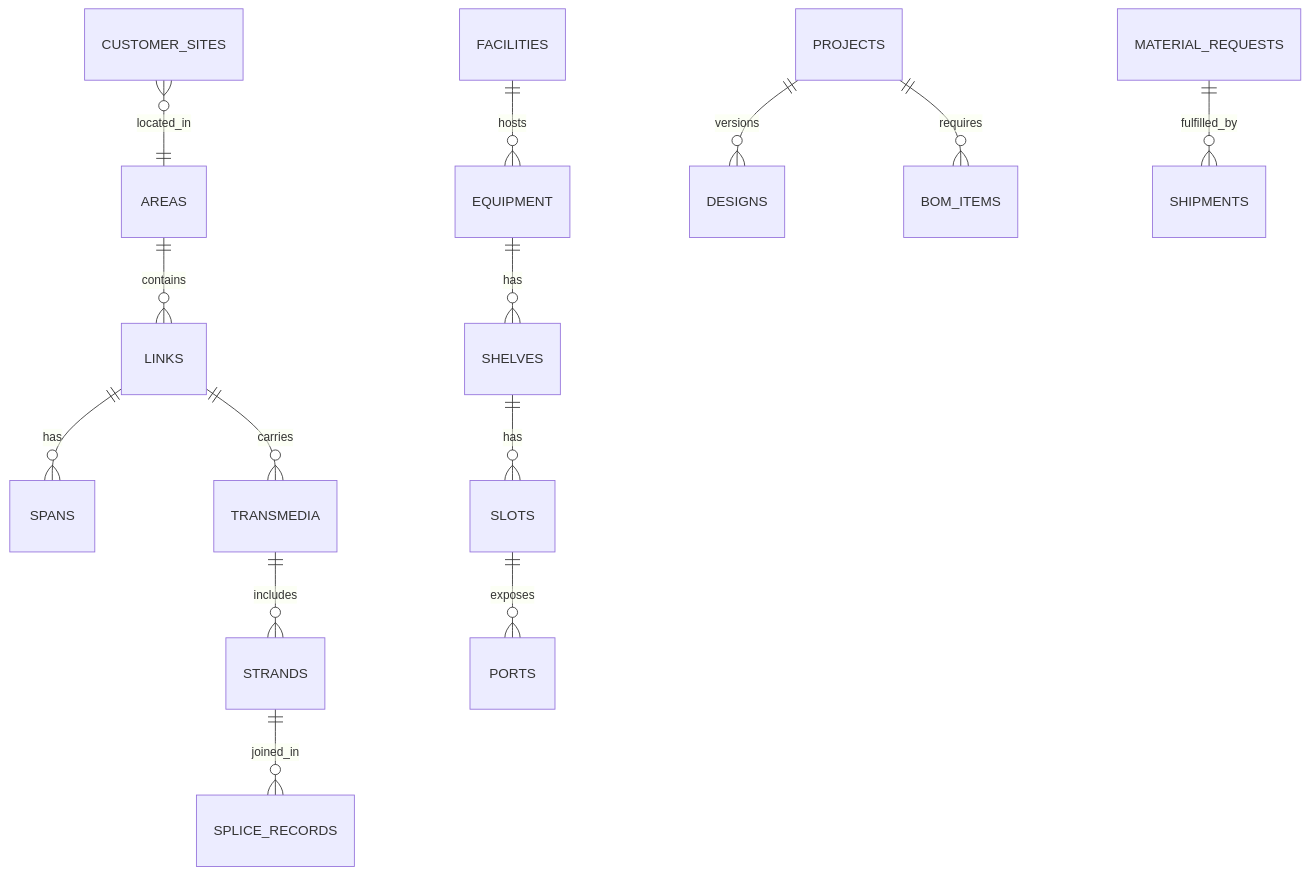
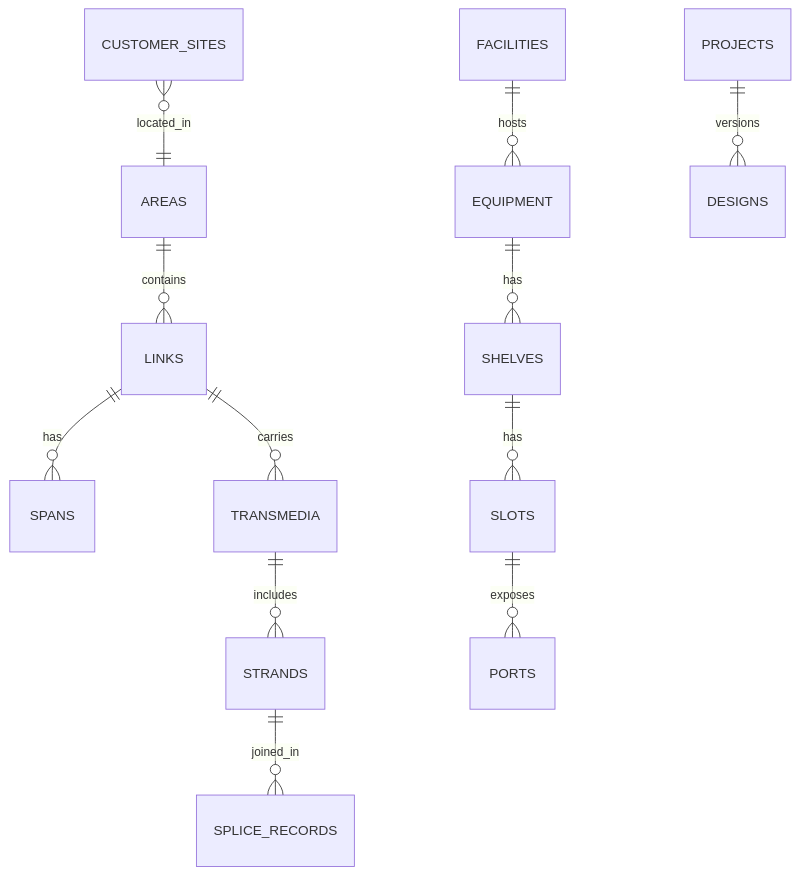
Diagram 13 of 13 in Fiberneo-Document/LLD/LLD.md (BhavikVisionGit/Fiberneo-Documents), drawn with Mermaid before and after one commit. The commit also changed other lines of this file, not shown here.

````diff
--- a/Fiberneo-Document/LLD/LLD.md
+++ b/Fiberneo-Document/LLD/LLD.md
@@ -308,16 +853,15 @@
 ```mermaid
 erDiagram
   AREAS ||--o{ LINKS : contains
   LINKS ||--o{ SPANS : has
   LINKS ||--o{ TRANSMEDIA : carries
   TRANSMEDIA ||--o{ STRANDS : includes
   STRANDS ||--o{ SPLICE_RECORDS : joined_in
   FACILITIES ||--o{ EQUIPMENT : hosts
   EQUIPMENT ||--o{ SHELVES : has
   SHELVES ||--o{ SLOTS : has
   SLOTS ||--o{ PORTS : exposes
   CUSTOMER_SITES }o--|| AREAS : located_in
   PROJECTS ||--o{ DESIGNS : versions
-  PROJECTS ||--o{ BOM_ITEMS : requires
-  MATERIAL_REQUESTS ||--o{ SHIPMENTS : fulfilled_by
+  %% BOM/Material entities are external; no local persistence
 ```
````
